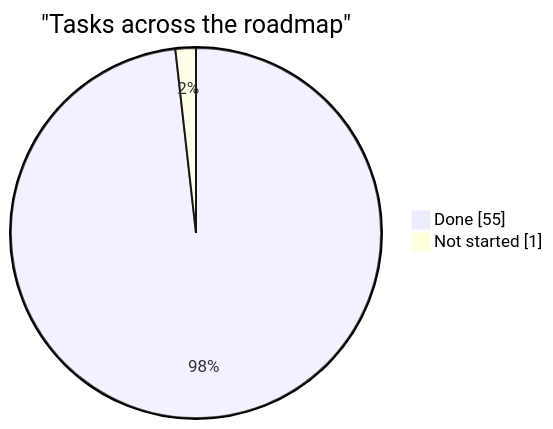
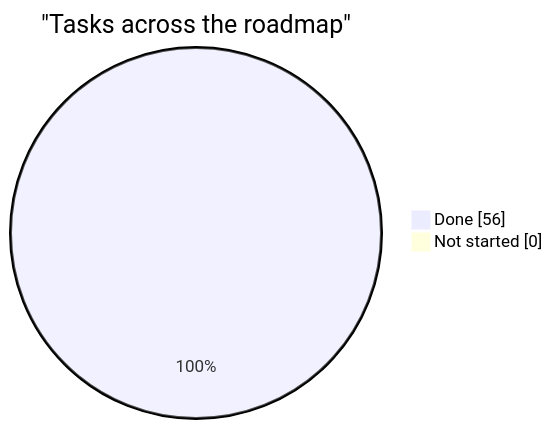
Before and after one commit to AdamClemens/PyFlow: the diagram in docs/planning/status.md, drawn with Mermaid. The commit also changed other lines of this file and 25 other files, not shown here.

````diff
--- a/docs/planning/status.md
+++ b/docs/planning/status.md
@@ -23,6 +23,6 @@
 ```mermaid
 pie showData
     title "Tasks across the roadmap"
-    "Done" : 55
-    "Not started" : 1
+    "Done" : 56
+    "Not started" : 0
 ```
````
